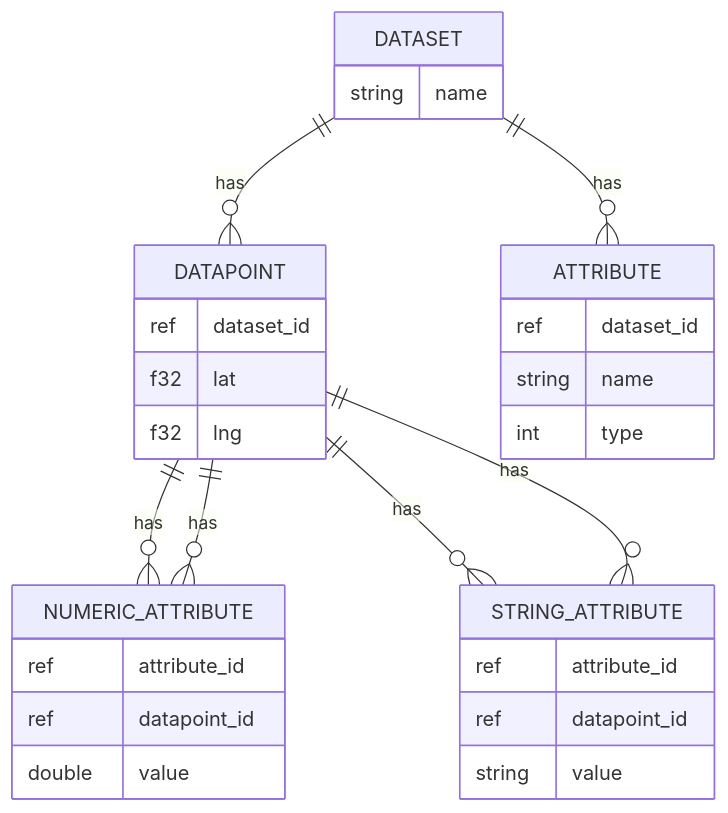
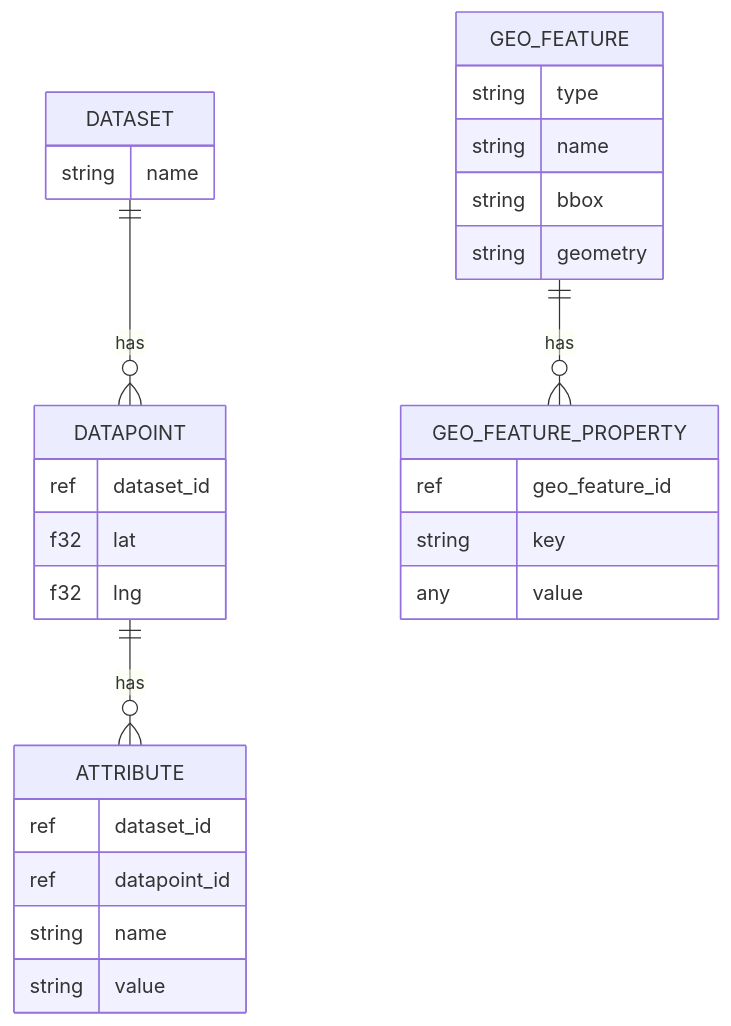
The diagram in README.md (Light-Keeper/geography-data-mapper), drawn with Mermaid before and after one commit. The commit also changed 30 other files, not shown here.

````diff
--- a/README.md
+++ b/README.md
@@ -8,37 +8,37 @@
 ```mermaid
 erDiagram
     DATASET ||--o{ DATAPOINT : has
-    DATASET ||--o{ ATTRIBUTE : has
-    DATAPOINT ||--o{ NUMERIC_ATTRIBUTE : has
-    DATAPOINT ||--o{ STRING_ATTRIBUTE : has
-    DATAPOINT ||--o{ NUMERIC_ATTRIBUTE : has
-    DATAPOINT ||--o{ STRING_ATTRIBUTE : has
-
+    DATAPOINT ||--o{ ATTRIBUTE : has
+    
     DATASET {
         string name
     }
     
     DATAPOINT {
         ref dataset_id
         f32 lat
         f32 lng
     }
 
     ATTRIBUTE {
         ref dataset_id
+        ref datapoint_id
         string name
-        int type
-    }
-    
-    NUMERIC_ATTRIBUTE {
-        ref attribute_id
-        ref datapoint_id
-        double value
-    }
-    
-    STRING_ATTRIBUTE {
-        ref attribute_id
-        ref datapoint_id
         string value
     }
+
+    GEO_FEATURE ||--o{ GEO_FEATURE_PROPERTY : has
+
+    GEO_FEATURE {
+        string type
+        string name
+        string bbox
+        string geometry
+    }
+
+    GEO_FEATURE_PROPERTY {
+        ref geo_feature_id
+        string key
+        any value
+    }
 ```
````
